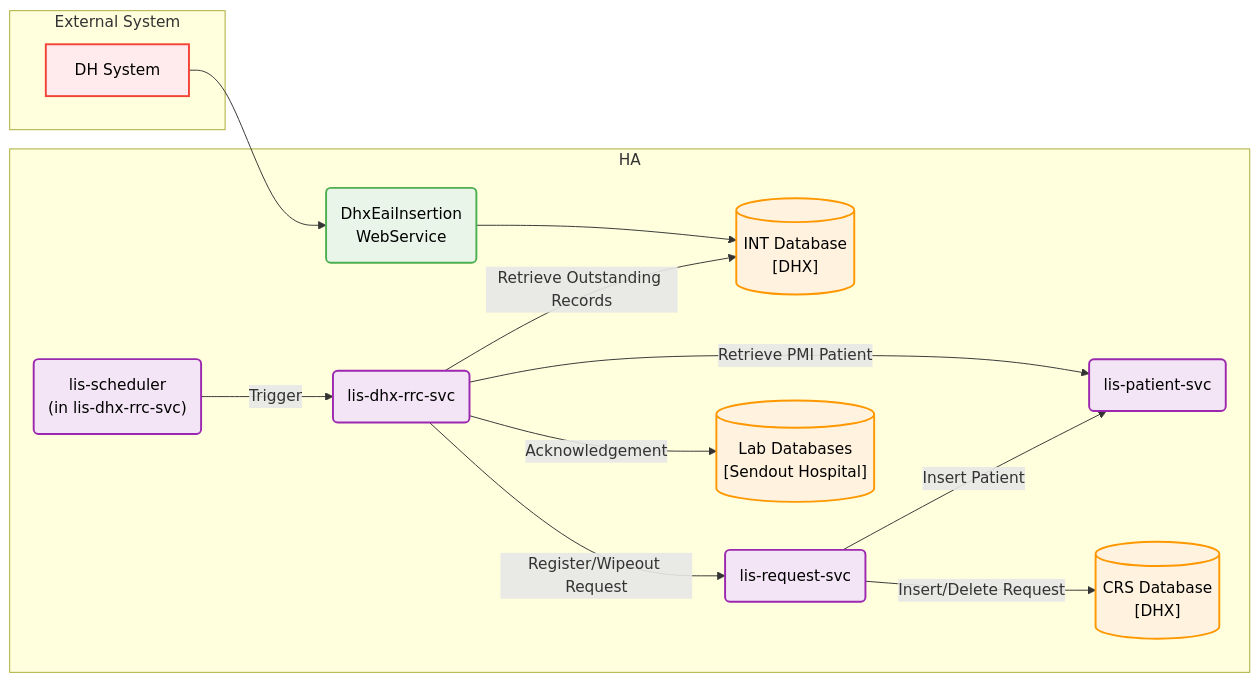
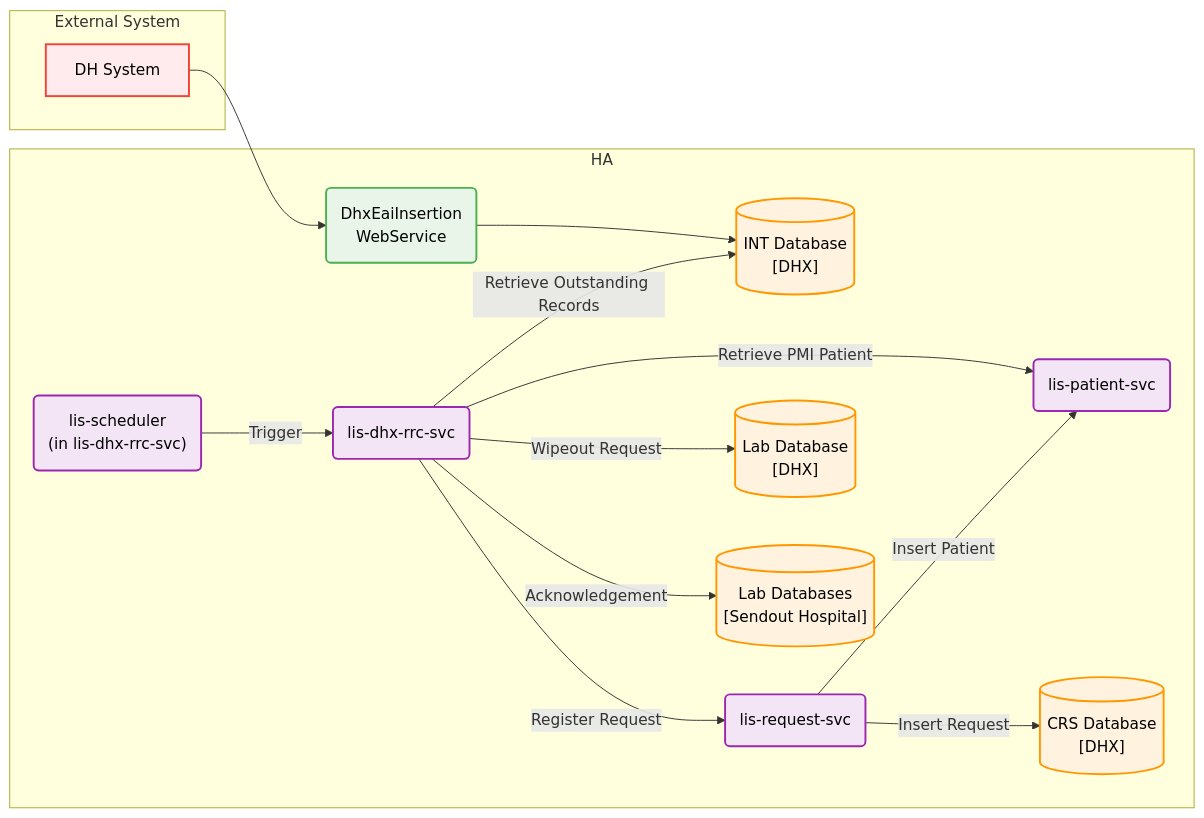
One commit to DragonChong/HA-Notes changed the fourth of 4 diagrams in LIS/JIRA/Develop cloud application `lis-dhx-rrc-svc` to replace the legacy RRC worker and support dynamic Sybase-PostgreSQL database connectivity during DB migration.md. Above: the diagram before and after it, drawn with Mermaid.

Commit message:
vault backup: 2026-07-22 11:26:57

````diff
--- a/LIS/JIRA/Develop cloud application `lis-dhx-rrc-svc` to replace the legacy RRC worker and support dynamic Sybase-PostgreSQL database connectivity during DB migration.md
+++ b/LIS/JIRA/Develop cloud application `lis-dhx-rrc-svc` to replace the legacy RRC worker and support dynamic Sybase-PostgreSQL database connectivity during DB migration.md
@@ -252,36 +252,38 @@
 ```mermaid
 flowchart LR
     subgraph External["External System"]
             DH["DH System"]
     end
     subgraph Internal["HA"]
             WS("DhxEaiInsertion <br> WebService")
             INT_DB[("INT Database<br>[DHX]")]
             SCH_SVC("lis-scheduler<br>(in lis-dhx-rrc-svc)")
             RRC_SVC("lis-dhx-rrc-svc")
             PAT_SVC("lis-patient-svc")
             REQ_SVC("lis-request-svc")
             CRS_DB[("CRS Database<br>[DHX]")]
-            LAB_DB[("Lab Databases<br>[Sendout Hospital]")]
+            LAB_DB[("Lab Database<br>[DHX]")]
+            HOSP_DB[("Lab Databases<br>[Sendout Hospital]")]
     end
     DH --> WS
     WS --> INT_DB
     SCH_SVC -- Trigger--> RRC_SVC
     RRC_SVC -- Retrieve Outstanding Records --> INT_DB
     RRC_SVC -- Retrieve PMI Patient --> PAT_SVC
-    RRC_SVC -- Register/Wipeout Request --> REQ_SVC
-    REQ_SVC -- Insert/Delete Request --> CRS_DB
+    RRC_SVC -- Register Request --> REQ_SVC
+    RRC_SVC -- Wipeout Request --> LAB_DB
+    REQ_SVC -- Insert Request --> CRS_DB
     REQ_SVC -- Insert Patient --> PAT_SVC
-    RRC_SVC -- Acknowledgement --> LAB_DB
+    RRC_SVC -- Acknowledgement --> HOSP_DB
 
     classDef external fill:#ffebee,stroke:#f44336,stroke-width:2px,color:#000
     classDef internal fill:#e3f2fd,stroke:#2196f3,stroke-width:2px,color:#000
     classDef webservice fill:#e8f5e8,stroke:#4caf50,stroke-width:2px,color:#000
     classDef database fill:#fff3e0,stroke:#ff9800,stroke-width:2px,color:#000
     classDef service fill:#f3e5f5,stroke:#9c27b0,stroke-width:2px,color:#000
 
     class DH external
     class WS webservice
-    class INT_DB,CRS_DB,LAB_DB database
+    class INT_DB,CRS_DB,LAB_DB,HOSP_DB database
     class RRC_SVC,PAT_SVC,REQ_SVC,SCH_SVC service
 ```
````
